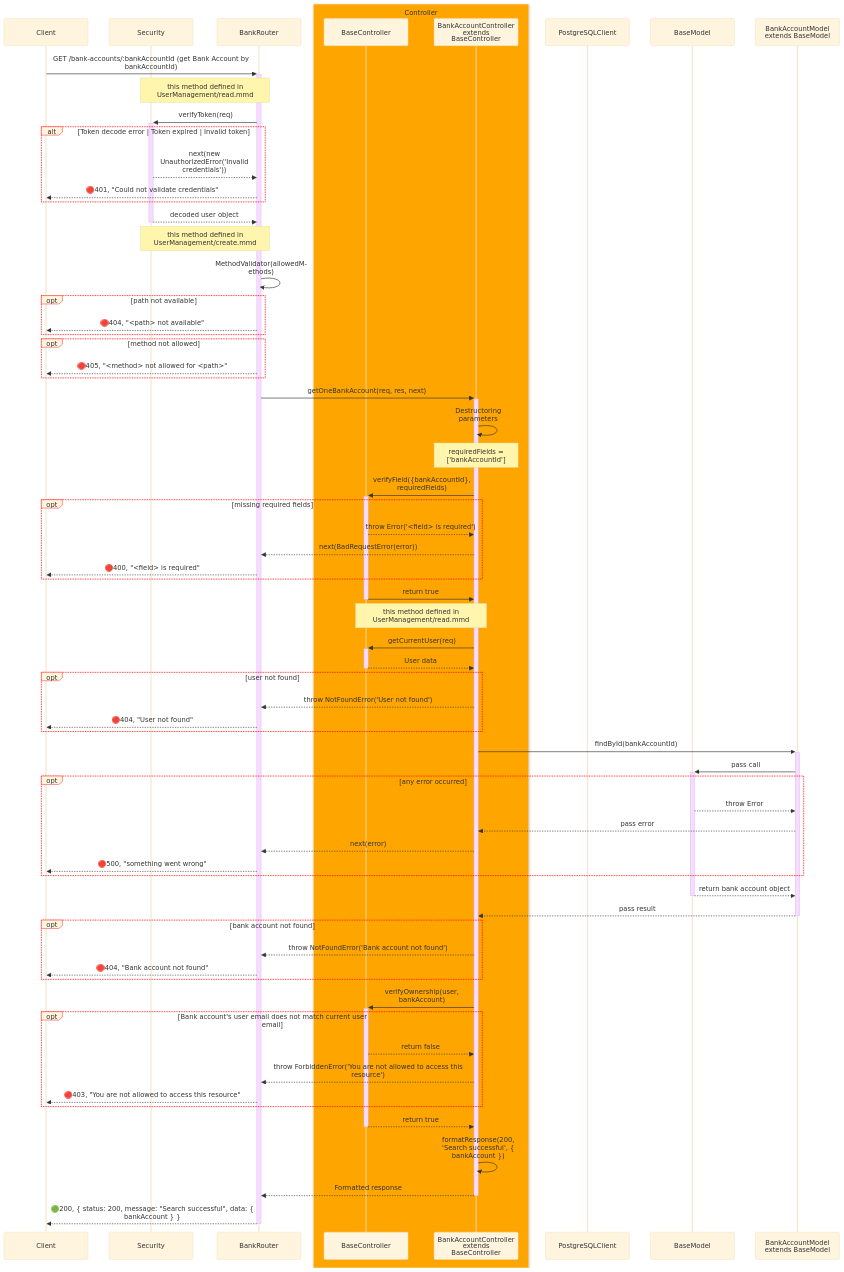
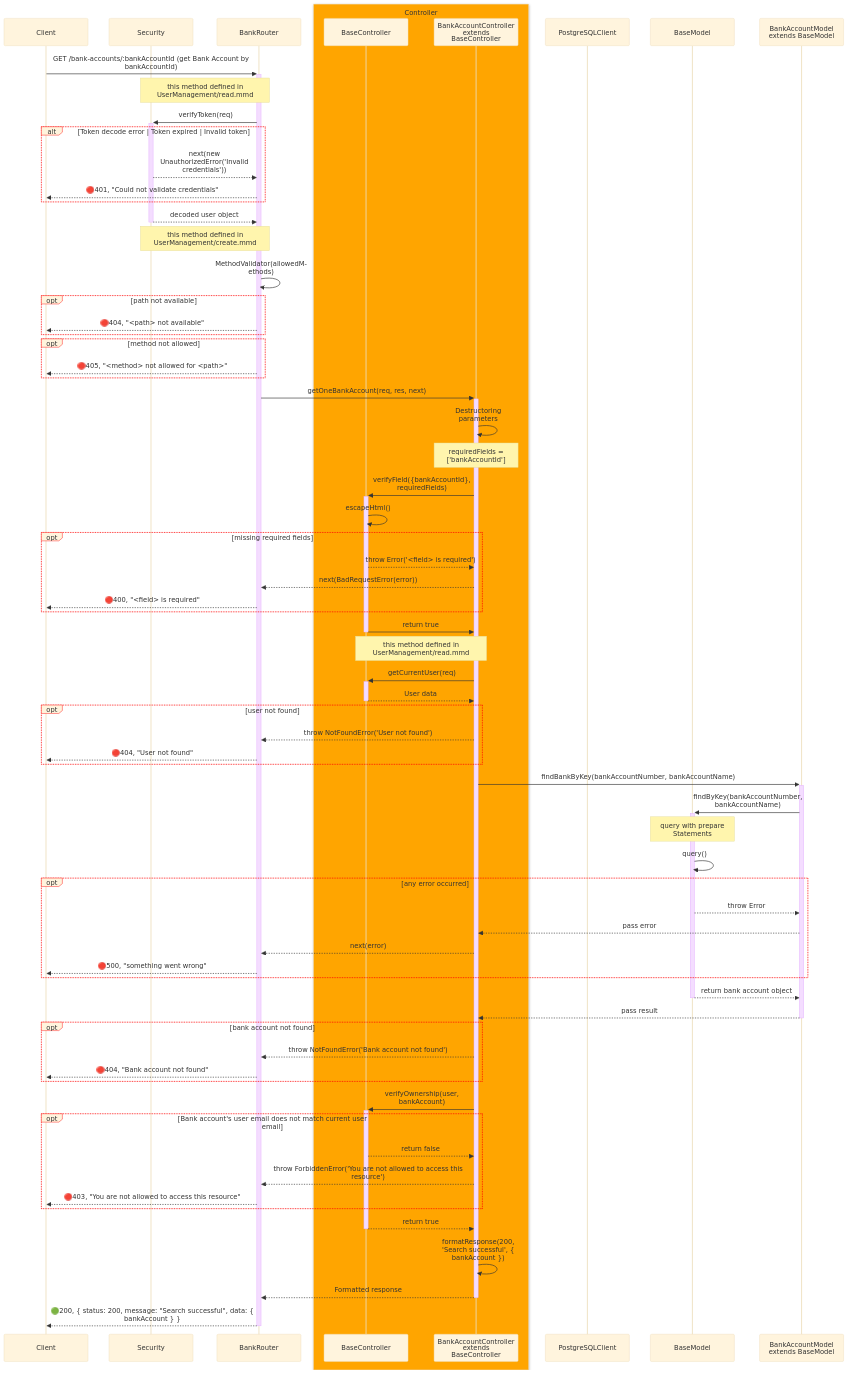
The diagram in design/newClassesDesign/BankAccountManagement/ReadOne.mmd (SawatKia/WealthTracking), drawn with Mermaid before and after one commit. The commit also changed 8 other files, not shown here.

Commit message:
add escape html

```diff
--- a/design/newClassesDesign/BankAccountManagement/ReadOne.mmd
+++ b/design/newClassesDesign/BankAccountManagement/ReadOne.mmd
@@ -1,83 +1,86 @@
 %%{
     init: {
         "theme":"base",
         "themeVariables": {
             'labelBoxBorderColor': '#ff0000'
         },
         "sequence": { 
             "wrap": true, 
             "width": 200 
         } 
     }
 }%%
 sequenceDiagram
     participant Client
     participant Sec as Security
     participant Router as BankRouter
     box orange Controller
         participant BaseCont as BaseController
         participant Cont as BankAccountController extends BaseController
     end
     participant PGClient as PostgreSQLClient
     participant BaseModel as BaseModel 
     participant Model as BankAccountModel extends BaseModel
 
     Client->>+Router: GET /bank-accounts/:bankAccountId (get Bank Account by bankAccountId)
     Note over Sec, Router: this method defined in UserManagement/read.mmd
     Router->>+Sec: verifyToken(req)
     alt Token decode error | Token expired | Invalid token
         Sec-->>Router: next(new UnauthorizedError('Invalid credentials'))
         Router-->>Client: 🔴401, "Could not validate credentials"
     end
     Sec-->>-Router: decoded user object 
 
     Note over Sec, Router: this method defined in UserManagement/create.mmd
     Router->>Router: MethodValidator(allowedMethods)
     opt path not available
         Router-->>Client: 🔴404, "<path> not available"
     end
     opt method not allowed
         Router-->>Client: 🔴405, "<method> not allowed for <path>"
     end
     Router->>+Cont: getOneBankAccount(req, res, next)
     Cont->>Cont: Destructoring parameters
     Note over Cont: requiredFields = ['bankAccountId']
     Cont->>+BaseCont: verifyField({bankAccountId}, requiredFields)
+    BaseCont->>BaseCont: escapeHtml()
     opt missing required fields
         BaseCont-->>Cont: throw Error('<field> is required')
         Cont-->>Router: next(BadRequestError(error))
         Router-->>Client: 🔴400, "<field> is required"
     end
     BaseCont->>-Cont: return true
     Note over Cont, BaseCont: this method defined in UserManagement/read.mmd
     Cont->>+BaseCont: getCurrentUser(req)
     BaseCont-->>-Cont: User data
     opt user not found
         Cont-->>Router: throw NotFoundError('User not found')
         Router-->>Client: 🔴404, "User not found"
     end
-    Cont->>+Model: findById(bankAccountId)
-    Model->>+BaseModel: pass call
+    Cont->>+Model: findBankByKey(bankAccountNumber, bankAccountName)
+    Model->>+BaseModel: findByKey(bankAccountNumber, bankAccountName)
+    Note over BaseModel: query with prepare Statements
+    BaseModel->>BaseModel: query()
 
     opt any error occurred
         BaseModel-->>Model: throw Error
         Model-->>Cont: pass error
         Cont-->>Router: next(error)
         Router-->>Client: 🔴500, "something went wrong"
     end
     BaseModel-->>-Model: return bank account object
     Model-->>-Cont: pass result
     opt bank account not found
         Cont-->>Router: throw NotFoundError('Bank account not found')
         Router-->>Client: 🔴404, "Bank account not found"
     end
     Cont->>+BaseCont: verifyOwnership(user, bankAccount)
     opt Bank account's user email does not match current user email
         BaseCont-->>Cont: return false
         Cont-->>Router: throw ForbiddenError('You are not allowed to access this resource')
         Router-->>Client: 🔴403, "You are not allowed to access this resource"
     end
     BaseCont-->>-Cont: return true
     Cont->>Cont: formatResponse(200, 'Search successful', { bankAccount })
     Cont-->>-Router: Formatted response
     Router-->>-Client: 🟢200, { status: 200, message: "Search successful", data: { bankAccount } }
```
